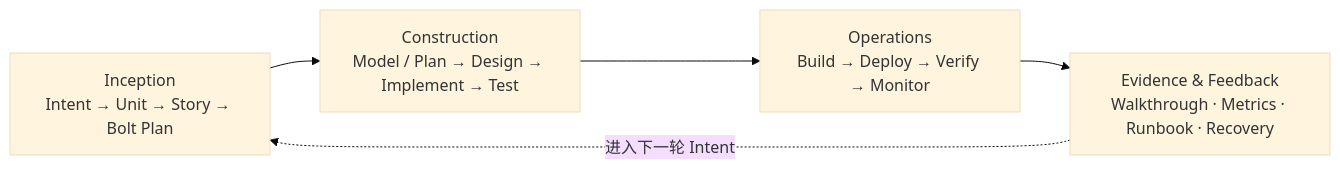
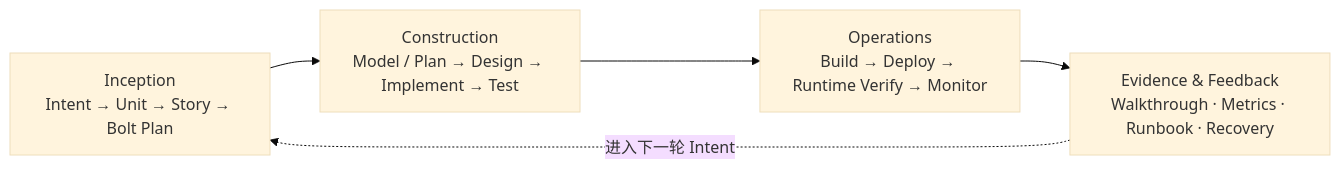
Before and after one commit to mancbj/aidlc-book-baojun: the second of 3 diagrams in book/part-00-overview.md, drawn with Mermaid (base theme). The commit also changed other lines of this file and 9 other files, not shown here.

First line of the commit message:
Tighten evidence bounds and Runtime Verify naming (Rounds 03-05)

````diff
--- a/book/part-00-overview.md
+++ b/book/part-00-overview.md
@@ -57,12 +57,12 @@
 ```mermaid
 flowchart LR
     I["Inception<br/>Intent → Unit → Story → Bolt Plan"]
     C["Construction<br/>Model / Plan → Design → Implement → Test"]
-    O["Operations<br/>Build → Deploy → Verify → Monitor"]
+    O["Operations<br/>Build → Deploy → Runtime Verify → Monitor"]
     R["Evidence & Feedback<br/>Walkthrough · Metrics · Runbook · Recovery"]
 
     I --> C
     C --> O
     O --> R
     R -. "进入下一轮 Intent" .-> I
 ```
````
